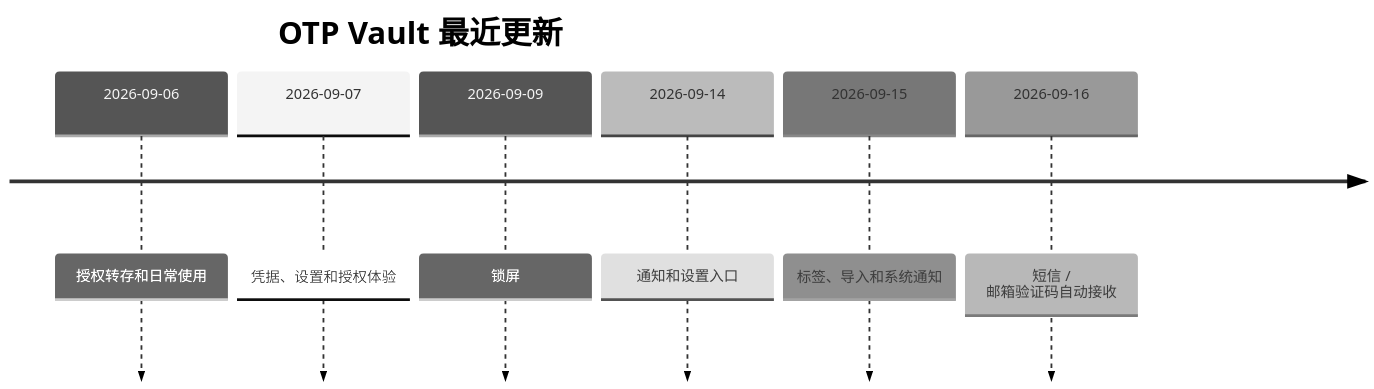
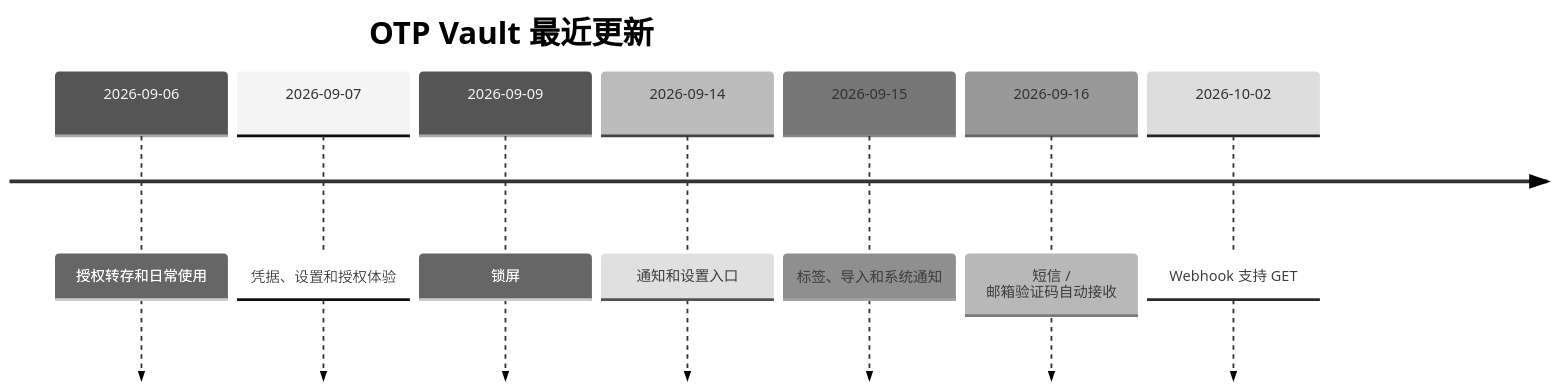
One commit to serein-morii/xb-h5 changed the fourth of 4 diagrams in docs/otp-vault-user-guide.md. Above: the diagram before and after it, drawn with Mermaid (neutral theme). The commit also changed other lines of this file and 5 other files, not shown here.

First line of the commit message:
docs(otp): document GET support for the code webhook.

````diff
--- a/docs/otp-vault-user-guide.md
+++ b/docs/otp-vault-user-guide.md
@@ -256,10 +256,11 @@
 ```mermaid
 timeline
     title OTP Vault 最近更新
     2026-09-06 : 授权转存和日常使用
     2026-09-07 : 凭据、设置和授权体验
     2026-09-09 : 锁屏
     2026-09-14 : 通知和设置入口
     2026-09-15 : 标签、导入和系统通知
     2026-09-16 : 短信 / 邮箱验证码自动接收
+    2026-10-02 : Webhook 支持 GET
 ```
````
